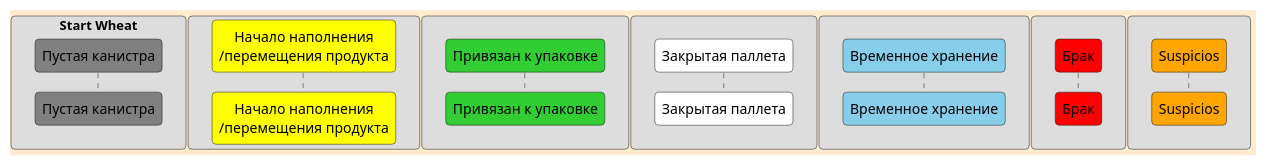
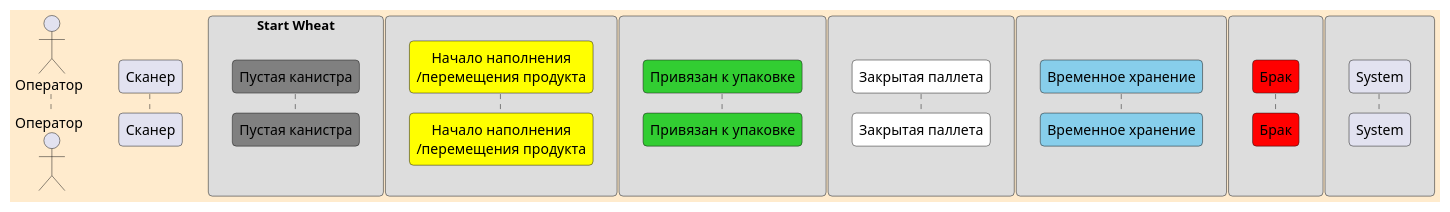
The diagram in definitions.puml (masteroleg/uml), drawn with PlantUML before and after one commit.

Commit message:
Backup on 2024-11-17

```diff
--- a/definitions.puml
+++ b/definitions.puml
@@ -1,74 +1,79 @@
 @startuml sequence definitions
 
 skinparam {
  Roundcorner 8
  Maxmessagesize 150
  responseMessageBelowArrow true
  backgroundColor BlanchedAlmond
  }
 skinparam sequence {
  ArrowThickness 3
  ParticipantPadding 20
  MessageAlign center 
  }
  
 
 autonumber 10 10
+
+actor Оператор as oper
+participant Сканер as scaner
+participant "System" as S
+
 box Start Wheat
   participant "Пустая канистра" as Gr #Gray
 end box
 box 
   participant "Начало наполнения\n/перемещения продукта" as Y #Yellow
 end box
 box
   participant "Привязан к упаковке" as G #LimeGreen
 end box
 box 
   participant "Закрытая паллета" as W #White
 end box
 box 
   participant "Временное хранение" as B #SkyBlue
 end box
 box 
   participant "Брак" as R #Red
 end box
 box 
   participant "Suspicios" as S #Orange
 end box
 
 
 
 
 /'
 Желтый: Этап начального наполнения или перемещения продукта
 в данную производственную зону из других сегментов процесса. 
 Продукция может вернуться в случае повторного наполнения или инвентаризации.
 Зеленый: Продукт интегрирован в свою упаковочную систему
 (ящик или поддон), что свидетельствует о завершении первичной стадии упаковки.
 На этом этапе коды канистр привязаны к временному коду поддона. 
 Если план паллетизации предполагает ящики, то канистры привязаны к ящику,
 а ящики привязаны к временному коду поддона. В случае обнаружения необходимости
 доработки продукт может вернуться на стадию начального наполнения. 
 сли план паллетизации предполагает ящики, то канистры привязаны к ящику, а ящики привязаны к временному коду поддона.
 Белый: Продукт завершает вторичную стадию упаковки — поддон
 полностью сформирован и маркирован логистической этикеткой, 
 что сигнализирует об окончании производственного этапа. 
 В случае необходимости паллета может быть расформирована,
 и продукт возвращается на стадию начального наполнения для дальнейшей обработки.
 Вторичная стадия упаковки включает сборку и маркировку поддонов, 
 замену временного кода поддона на код логистической этикетки, 
 что обеспечивает готовность продукции к логистическим операциям.
 В отличие от этого, первичная стадия фокусируется на упаковке единиц продукции в ящики 
 или на поддоны для обеспечения их безопасности и стабильности перед дальнейшей обработкой.
 Красный: Продукция признана дефектной и подлежит изоляции
 для последующего анализа или утилизации в соответствии с установленными процедурами
 контроля качества. Данная зона является окончательной для дефектной продукции, и 
 никакие дальнейшие перемещения из неё невозможны.
 Голубой: Продукция временно размещена в зоне хранения для стабилизации 
 или оценки качества перед дальнейшими действиями. В текущих реалиях эта зона 
 используется для отстаивания канистр, например, в случае возможного запивания ножей 
 или других проблем, требующих дополнительной проверки. После проверки продукция либо отправляется на упаковку (Зеленый),
 либо признается дефектной и переходит в зону изоляции (Красный).
 
 '/
 @enduml
```
